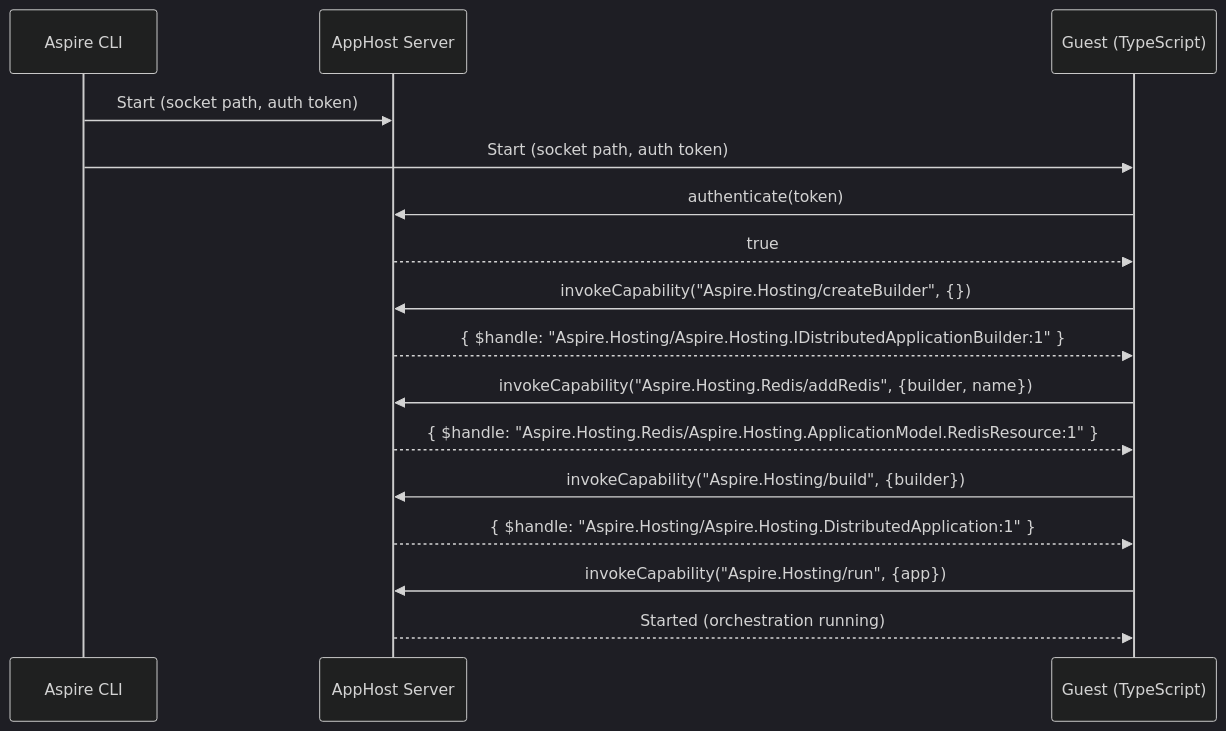
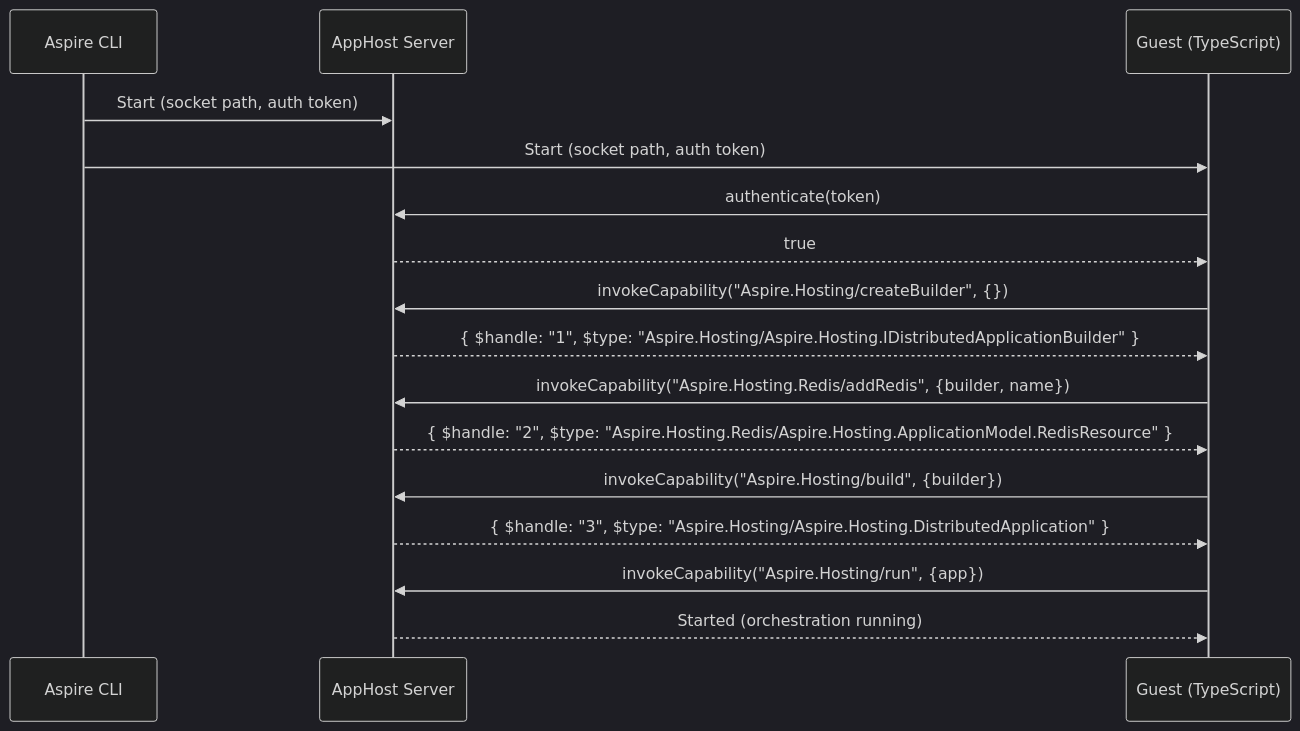
The second of 4 diagrams in docs/specs/polyglot-apphost.md (dotnet/aspire), drawn with Mermaid (dark theme) before and after one commit. The commit also changed other lines of this file and 6 other files, not shown here.

````diff
--- a/docs/specs/polyglot-apphost.md
+++ b/docs/specs/polyglot-apphost.md
@@ -117,24 +117,24 @@
 ```mermaid
 sequenceDiagram
     participant CLI as Aspire CLI
     participant Host as AppHost Server
     participant Guest as Guest (TypeScript)
 
     CLI->>Host: Start (socket path, auth token)
     CLI->>Guest: Start (socket path, auth token)
 
     Guest->>Host: authenticate(token)
     Host-->>Guest: true
 
     Guest->>Host: invokeCapability("Aspire.Hosting/createBuilder", {})
-    Host-->>Guest: { $handle: "Aspire.Hosting/Aspire.Hosting.IDistributedApplicationBuilder:1" }
+    Host-->>Guest: { $handle: "1", $type: "Aspire.Hosting/Aspire.Hosting.IDistributedApplicationBuilder" }
 
     Guest->>Host: invokeCapability("Aspire.Hosting.Redis/addRedis", {builder, name})
-    Host-->>Guest: { $handle: "Aspire.Hosting.Redis/Aspire.Hosting.ApplicationModel.RedisResource:1" }
+    Host-->>Guest: { $handle: "2", $type: "Aspire.Hosting.Redis/Aspire.Hosting.ApplicationModel.RedisResource" }
 
     Guest->>Host: invokeCapability("Aspire.Hosting/build", {builder})
-    Host-->>Guest: { $handle: "Aspire.Hosting/Aspire.Hosting.DistributedApplication:1" }
+    Host-->>Guest: { $handle: "3", $type: "Aspire.Hosting/Aspire.Hosting.DistributedApplication" }
 
     Guest->>Host: invokeCapability("Aspire.Hosting/run", {app})
     Host-->>Guest: Started (orchestration running)
 ```
````
